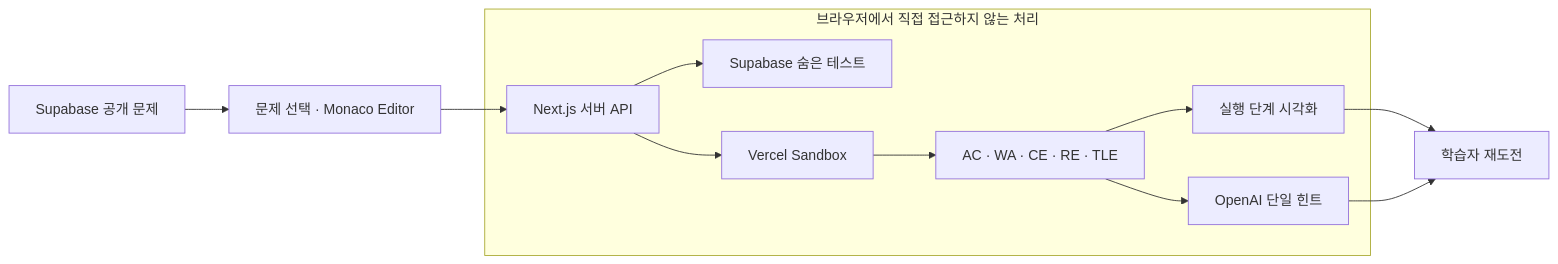
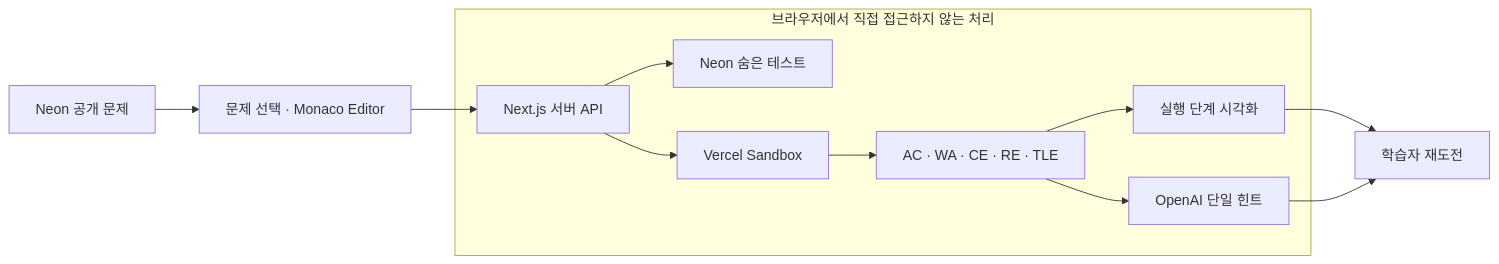
The diagram in README.md (back0319/didim-code), drawn with Mermaid before and after one commit. The commit also changed other lines of this file and 18 other files, not shown here.

First line of the commit message:
chore: migrate database from Supabase to Neon

````diff
--- a/README.md
+++ b/README.md
@@ -41,14 +41,14 @@
 ```mermaid
 flowchart LR
-    P["Supabase 공개 문제"] --> A["문제 선택 · Monaco Editor"]
+    P["Neon 공개 문제"] --> A["문제 선택 · Monaco Editor"]
     A --> B["Next.js 서버 API"]
     subgraph S["브라우저에서 직접 접근하지 않는 처리"]
-        B --> C["Supabase 숨은 테스트"]
+        B --> C["Neon 숨은 테스트"]
         B --> D["Vercel Sandbox"]
         D --> E["AC · WA · CE · RE · TLE"]
         E --> F["실행 단계 시각화"]
         E --> G["OpenAI 단일 힌트"]
     end
     F --> H["학습자 재도전"]
     G --> H
 ```
````
